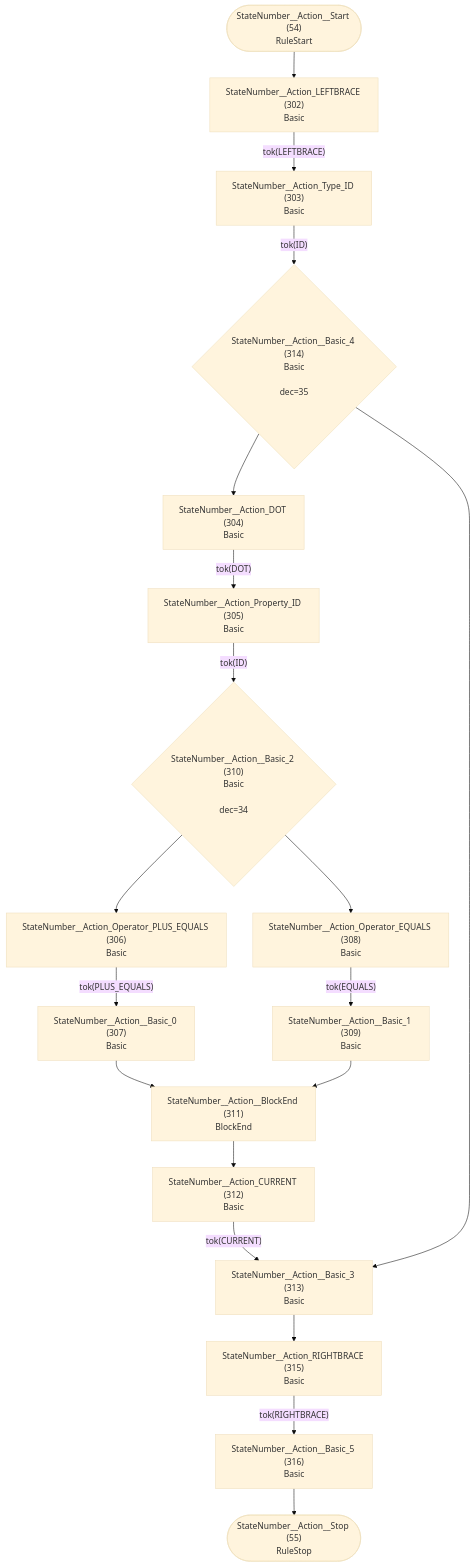
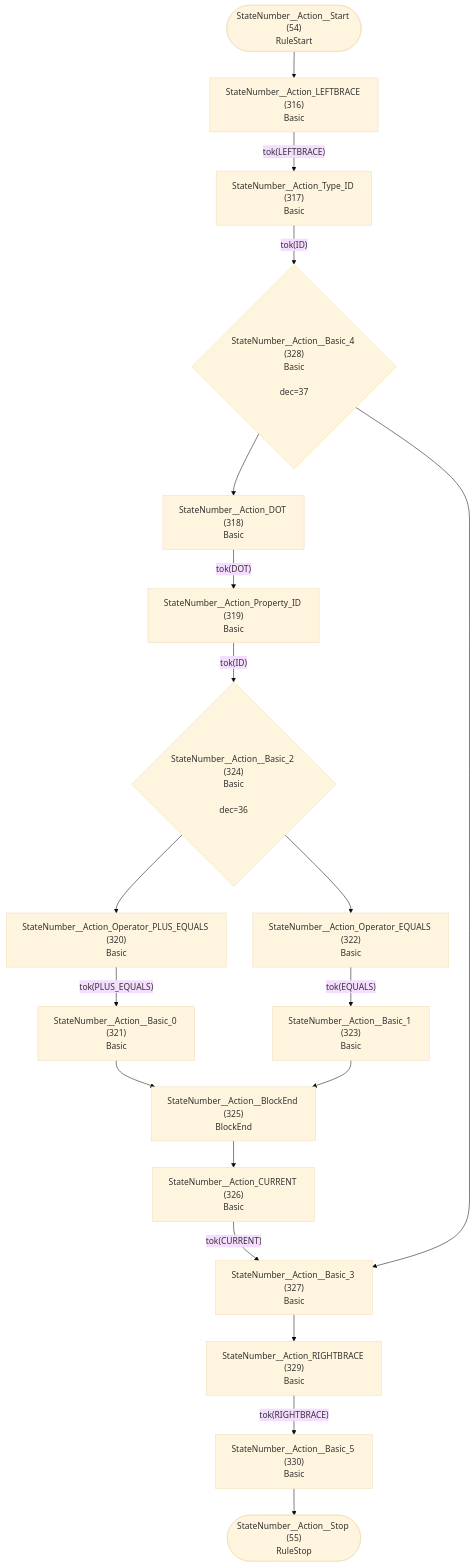
Diagram 28 of 32 in internal/grammar/atn.md (TypeFox/fastbelt), drawn with Mermaid (base theme) before and after one commit. The commit also changed other lines of this file and 21 other files, not shown here.

````diff
--- a/internal/grammar/atn.md
+++ b/internal/grammar/atn.md
@@ -799,39 +831,39 @@
 ```mermaid
 flowchart TD
     q54(["StateNumber__Action__Start (54)<br/>RuleStart"])
     q55(["StateNumber__Action__Stop (55)<br/>RuleStop"])
-    q302["StateNumber__Action_LEFTBRACE (302)<br/>Basic<br/>"]
-    q303["StateNumber__Action_Type_ID (303)<br/>Basic<br/>"]
-    q304["StateNumber__Action_DOT (304)<br/>Basic<br/>"]
-    q305["StateNumber__Action_Property_ID (305)<br/>Basic<br/>"]
-    q306["StateNumber__Action_Operator_PLUS_EQUALS (306)<br/>Basic<br/>"]
-    q307["StateNumber__Action__Basic_0 (307)<br/>Basic<br/>"]
-    q308["StateNumber__Action_Operator_EQUALS (308)<br/>Basic<br/>"]
-    q309["StateNumber__Action__Basic_1 (309)<br/>Basic<br/>"]
-    q310{"StateNumber__Action__Basic_2 (310)<br/>Basic<br/><br/>dec=34"}
-    q311["StateNumber__Action__BlockEnd (311)<br/>BlockEnd<br/>"]
-    q312["StateNumber__Action_CURRENT (312)<br/>Basic<br/>"]
-    q313["StateNumber__Action__Basic_3 (313)<br/>Basic<br/>"]
-    q314{"StateNumber__Action__Basic_4 (314)<br/>Basic<br/><br/>dec=35"}
-    q315["StateNumber__Action_RIGHTBRACE (315)<br/>Basic<br/>"]
-    q316["StateNumber__Action__Basic_5 (316)<br/>Basic<br/>"]
+    q316["StateNumber__Action_LEFTBRACE (316)<br/>Basic<br/>"]
+    q317["StateNumber__Action_Type_ID (317)<br/>Basic<br/>"]
+    q318["StateNumber__Action_DOT (318)<br/>Basic<br/>"]
+    q319["StateNumber__Action_Property_ID (319)<br/>Basic<br/>"]
+    q320["StateNumber__Action_Operator_PLUS_EQUALS (320)<br/>Basic<br/>"]
+    q321["StateNumber__Action__Basic_0 (321)<br/>Basic<br/>"]
+    q322["StateNumber__Action_Operator_EQUALS (322)<br/>Basic<br/>"]
+    q323["StateNumber__Action__Basic_1 (323)<br/>Basic<br/>"]
+    q324{"StateNumber__Action__Basic_2 (324)<br/>Basic<br/><br/>dec=36"}
+    q325["StateNumber__Action__BlockEnd (325)<br/>BlockEnd<br/>"]
+    q326["StateNumber__Action_CURRENT (326)<br/>Basic<br/>"]
+    q327["StateNumber__Action__Basic_3 (327)<br/>Basic<br/>"]
+    q328{"StateNumber__Action__Basic_4 (328)<br/>Basic<br/><br/>dec=37"}
+    q329["StateNumber__Action_RIGHTBRACE (329)<br/>Basic<br/>"]
+    q330["StateNumber__Action__Basic_5 (330)<br/>Basic<br/>"]
 
-    q54 --> q302
-    q302 -->|"tok(LEFTBRACE)"| q303
-    q303 -->|"tok(ID)"| q314
-    q304 -->|"tok(DOT)"| q305
-    q305 -->|"tok(ID)"| q310
-    q306 -->|"tok(PLUS_EQUALS)"| q307
-    q307 --> q311
-    q308 -->|"tok(EQUALS)"| q309
-    q309 --> q311
-    q310 --> q306
-    q310 --> q308
-    q311 --> q312
-    q312 -->|"tok(CURRENT)"| q313
-    q313 --> q315
-    q314 --> q304
-    q314 --> q313
-    q315 -->|"tok(RIGHTBRACE)"| q316
-    q316 --> q55
+    q54 --> q316
+    q316 -->|"tok(LEFTBRACE)"| q317
+    q317 -->|"tok(ID)"| q328
+    q318 -->|"tok(DOT)"| q319
+    q319 -->|"tok(ID)"| q324
+    q320 -->|"tok(PLUS_EQUALS)"| q321
+    q321 --> q325
+    q322 -->|"tok(EQUALS)"| q323
+    q323 --> q325
+    q324 --> q320
+    q324 --> q322
+    q325 --> q326
+    q326 -->|"tok(CURRENT)"| q327
+    q327 --> q329
+    q328 --> q318
+    q328 --> q327
+    q329 -->|"tok(RIGHTBRACE)"| q330
+    q330 --> q55
 ```
````
